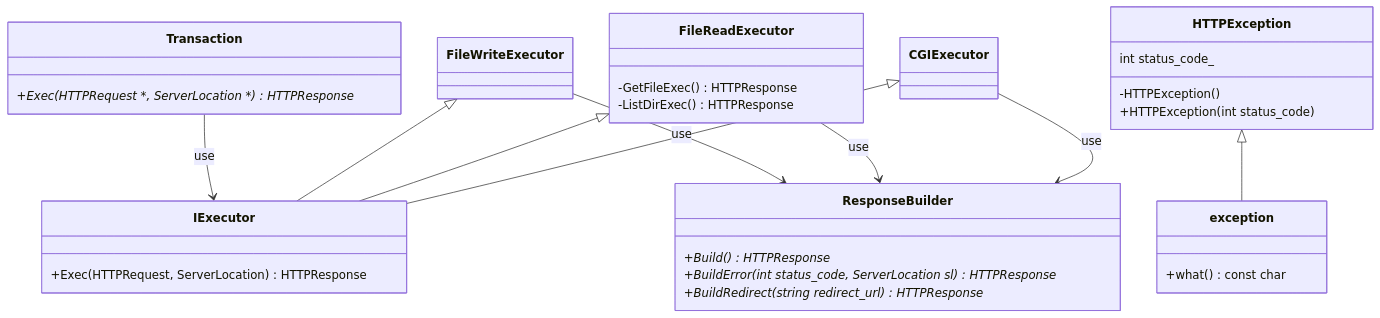
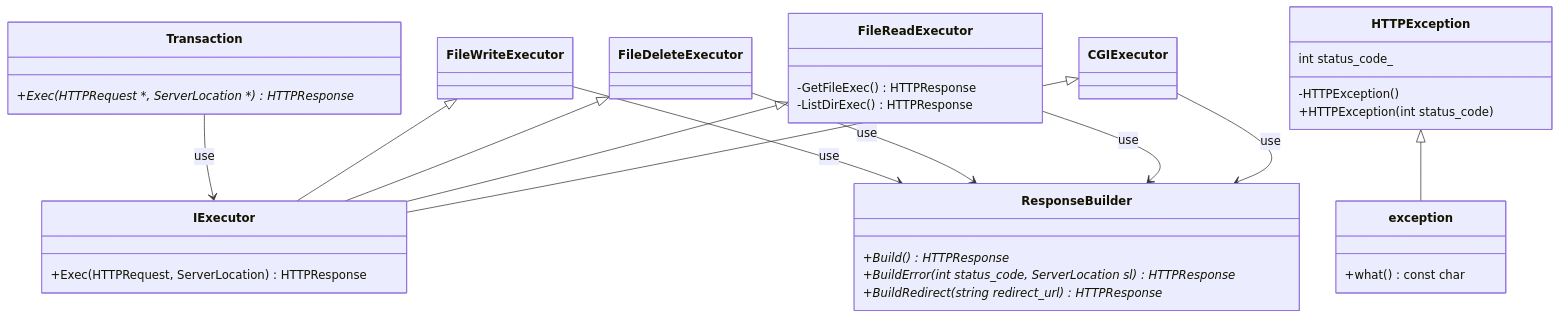
One commit to katataku/webserv changed the diagram in docs/class/transaction_class.md. Above: the diagram before and after it, drawn with Mermaid. The commit also changed 17 other files, not shown here.

````diff
--- a/docs/class/transaction_class.md
+++ b/docs/class/transaction_class.md
@@ -3,51 +3,56 @@
 ```mermaid
 classDiagram
     CGIExecutor <|-- IExecutor
     FileReadExecutor <|-- IExecutor
+    FileDeleteExecutor <|-- IExecutor
     FileWriteExecutor <|-- IExecutor
 
     Transaction --> IExecutor : use
     CGIExecutor --> ResponseBuilder : use
     FileReadExecutor --> ResponseBuilder : use
+    FileDeleteExecutor --> ResponseBuilder : use
     FileWriteExecutor --> ResponseBuilder : use
 
     HTTPException <|-- exception
 
     class FileReadExecutor {
         -GetFileExec() HTTPResponse
         -ListDirExec() HTTPResponse
+    }
+
+    class FileDeleteExecutor {
     }
 
     class FileWriteExecutor {
     }
 
     class CGIExecutor {
     }
 
     class IExecutor {
         +Exec(HTTPRequest, ServerLocation) HTTPResponse
     }
 
 
     class Transaction {
         +Exec(HTTPRequest *, ServerLocation *) HTTPResponse*
     }
 
     %% status_code, server_location &&
     class ResponseBuilder {
         +Build() HTTPResponse*
         +BuildError(int status_code, ServerLocation sl) HTTPResponse*
         +BuildRedirect(string redirect_url) HTTPResponse*
     }
 
     class exception{
         +what() const char
     }
 
     class HTTPException{
         int status_code_
         -HTTPException()
         +HTTPException(int status_code)
     }
 
 ```
````
